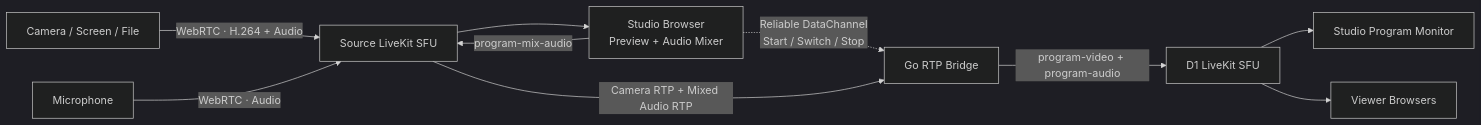
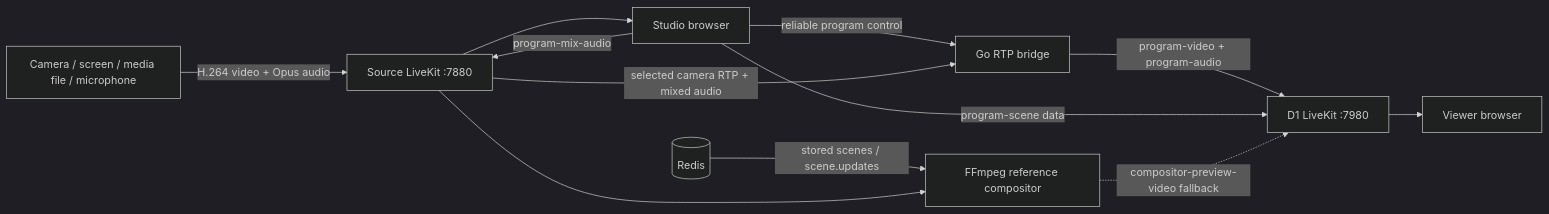
The diagram in README.md (SiripongPadkhuntod/LiveSteam-WebRTC), drawn with Mermaid (dark theme) before and after one commit. The commit also changed other lines of this file and 11 other files, not shown here.

````diff
--- a/README.md
+++ b/README.md
@@ -24,12 +11,14 @@
 ```mermaid
 flowchart LR
-    Camera["Camera / Screen / File"] -->|"WebRTC · H.264 + Audio"| Source["Source LiveKit SFU"]
-    Microphone["Microphone"] -->|"WebRTC · Audio"| Source
-    Source --> Studio["Studio Browser<br/>Preview + Audio Mixer"]
-    Studio -->|"program-mix-audio"| Source
-    Studio -.->|"Reliable DataChannel<br/>Start / Switch / Stop"| Bridge["Go RTP Bridge"]
-    Source -->|"Camera RTP + Mixed Audio RTP"| Bridge
-    Bridge -->|"program-video + program-audio"| D1["D1 LiveKit SFU"]
-    D1 --> Monitor["Studio Program Monitor"]
-    D1 --> Viewers["Viewer Browsers"]
+  Sources["Camera / screen / media file / microphone"] -->|"H.264 video + Opus audio"| SourceSFU["Source LiveKit :7880"]
+  SourceSFU --> Studio["Studio browser"]
+  Studio -->|"program-mix-audio"| SourceSFU
+  Studio -->|"reliable program control"| Bridge["Go RTP bridge"]
+  SourceSFU -->|"selected camera RTP + mixed audio"| Bridge
+  Bridge -->|"program-video + program-audio"| D1["D1 LiveKit :7980"]
+  Studio -->|"program-scene data"| D1
+  D1 --> Viewer["Viewer browser"]
+  Redis[(Redis)] -->|"stored scenes / scene.updates"| Compositor["FFmpeg reference compositor"]
+  SourceSFU --> Compositor
+  Compositor -.->|"compositor-preview-video fallback"| D1
 ```
````
